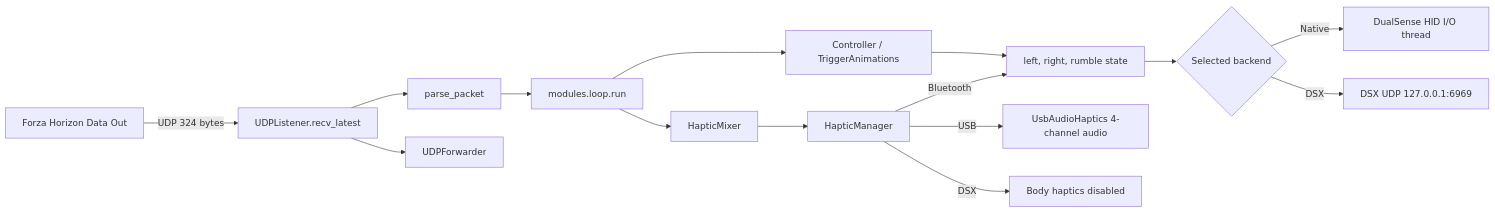
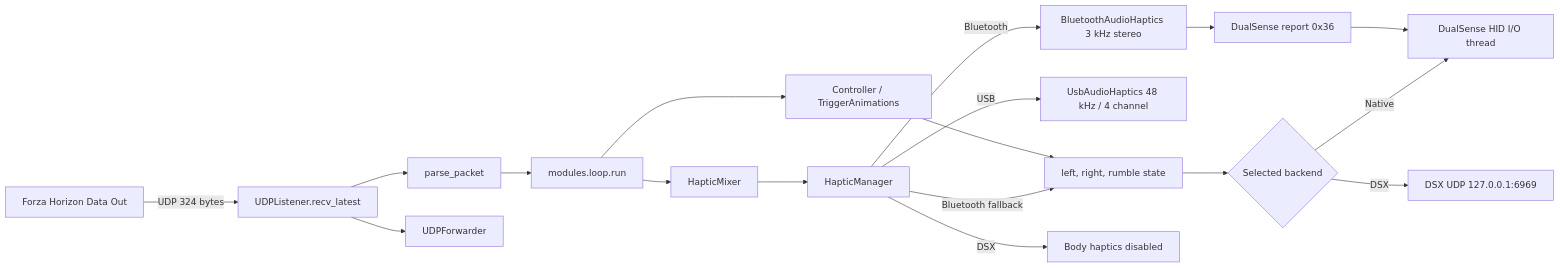
One commit to piereacy/FH-DualSense-Enhanced changed the diagram in docs/ARCHITECTURE.md. Above: the diagram before and after it, drawn with Mermaid. The commit also changed other lines of this file and 29 other files, not shown here.

Commit message:
feat: finish R3 Bluetooth HD haptics

````diff
--- a/docs/ARCHITECTURE.md
+++ b/docs/ARCHITECTURE.md
@@ -16,17 +16,20 @@
 ```mermaid
 flowchart LR
     FH["Forza Horizon Data Out"] -->|"UDP 324 bytes"| UDP["UDPListener.recv_latest"]
     UDP --> PARSE["parse_packet"]
     UDP --> FWD["UDPForwarder"]
     PARSE --> LOOP["modules.loop.run"]
     LOOP --> TRIG["Controller / TriggerAnimations"]
     LOOP --> MIX["HapticMixer"]
     TRIG --> STATE["left, right, rumble state"]
     MIX --> ROUTE["HapticManager"]
-    ROUTE -->|"USB"| AUDIO["UsbAudioHaptics 4-channel audio"]
-    ROUTE -->|"Bluetooth"| STATE
+    ROUTE -->|"USB"| AUDIO["UsbAudioHaptics 48 kHz / 4 channel"]
+    ROUTE -->|"Bluetooth"| BTAUDIO["BluetoothAudioHaptics 3 kHz stereo"]
+    BTAUDIO --> BT36["DualSense report 0x36"]
+    BT36 --> HID
+    ROUTE -->|"Bluetooth fallback"| STATE
     ROUTE -->|"DSX"| NONE["Body haptics disabled"]
     STATE --> BACKEND{"Selected backend"}
     BACKEND -->|"Native"| HID["DualSense HID I/O thread"]
     BACKEND -->|"DSX"| DSX["DSX UDP 127.0.0.1:6969"]
 ```
````
